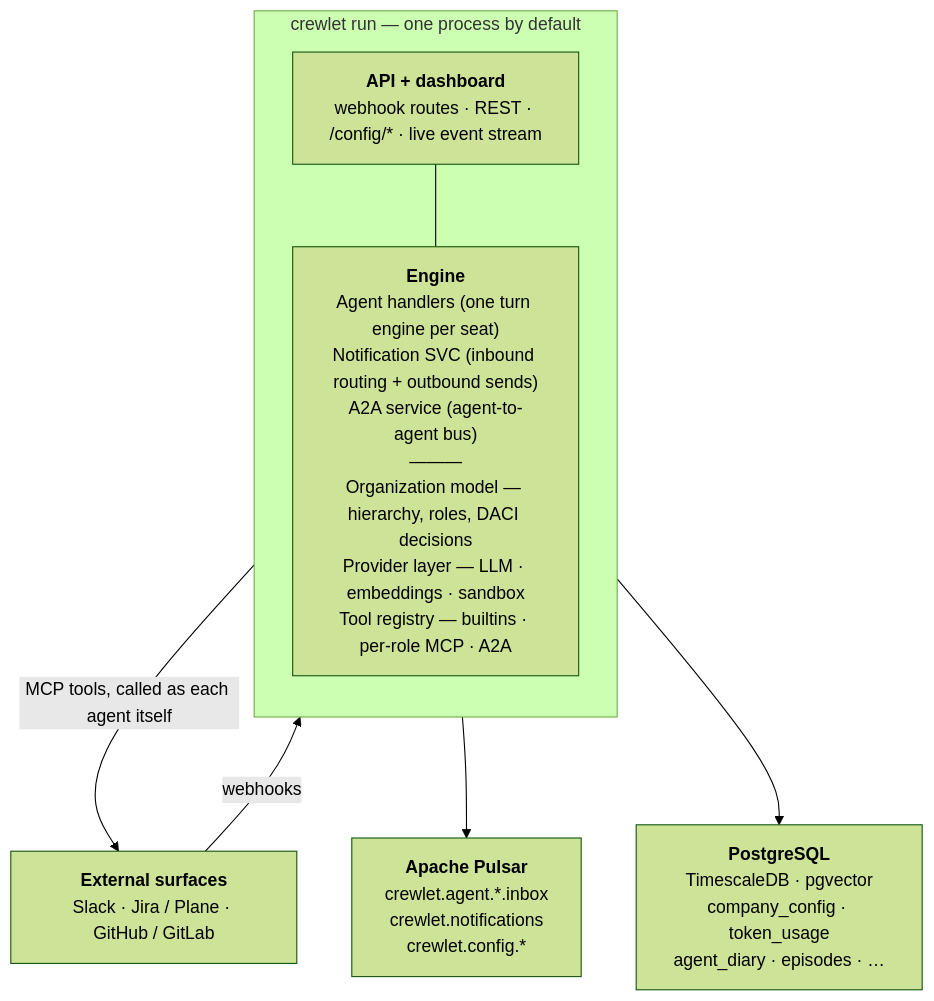
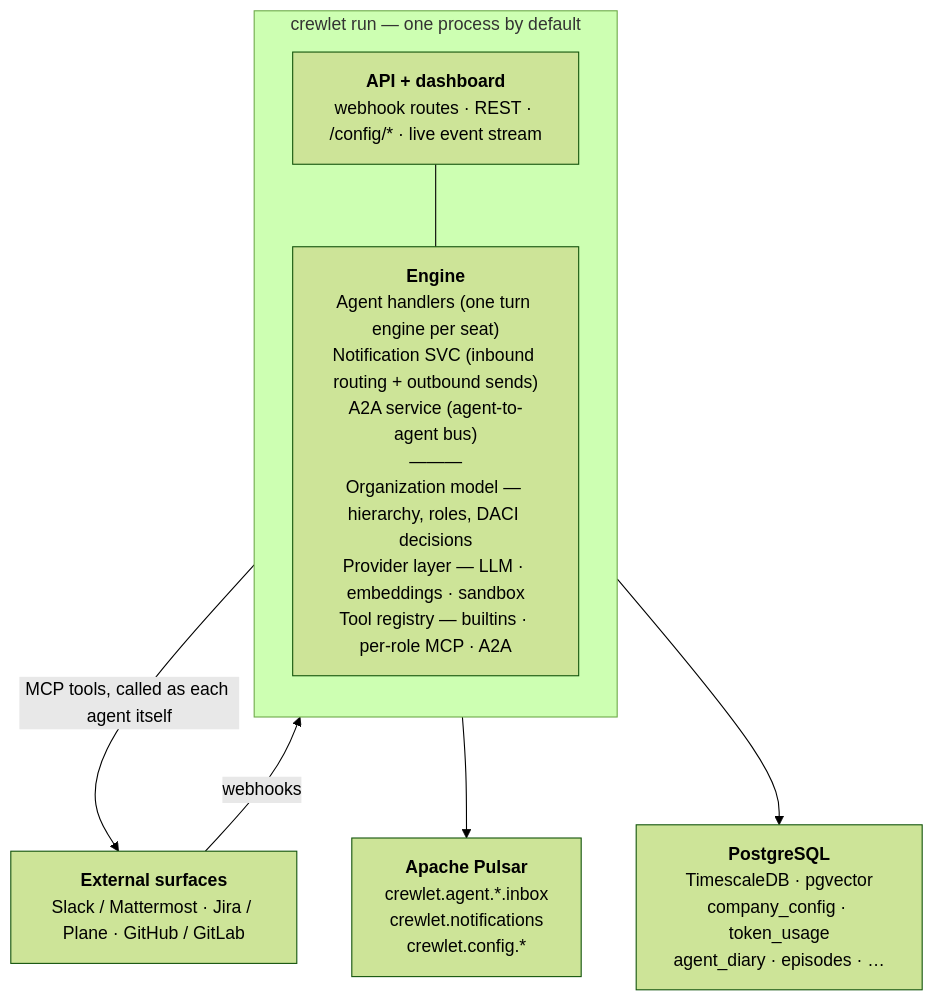
One commit to crewlet/crewlet changed the diagram in docs/concepts/overview.md. Above: the diagram before and after it, drawn with Mermaid (forest theme). The commit also changed other lines of this file and 37 other files, not shown here.

````diff
--- a/docs/concepts/overview.md
+++ b/docs/concepts/overview.md
@@ -56,16 +56,16 @@
 ```mermaid
 flowchart TD
-    EXT["<b>External surfaces</b><br/>Slack · Jira / Plane · GitHub / GitLab"]
+    EXT["<b>External surfaces</b><br/>Slack / Mattermost · Jira / Plane · GitHub / GitLab"]
     subgraph proc["crewlet run — one process by default"]
         direction TB
         API["<b>API + dashboard</b><br/>webhook routes · REST · /config/* · live event stream"]
         ENG["<b>Engine</b><br/>Agent handlers (one turn engine per seat)<br/>Notification SVC (inbound routing + outbound sends)<br/>A2A service (agent-to-agent bus)<br/>———<br/>Organization model — hierarchy, roles, DACI decisions<br/>Provider layer — LLM · embeddings · sandbox<br/>Tool registry — builtins · per-role MCP · A2A"]
         API --- ENG
     end
     PULSAR["<b>Apache Pulsar</b><br/>crewlet.agent.*.inbox<br/>crewlet.notifications<br/>crewlet.config.*"]
     PG["<b>PostgreSQL</b><br/>TimescaleDB · pgvector<br/>company_config · token_usage<br/>agent_diary · episodes · …"]
     EXT -->|webhooks| API
     ENG -->|"MCP tools, called as each agent itself"| EXT
     ENG --> PULSAR
     ENG --> PG
 ```
````
